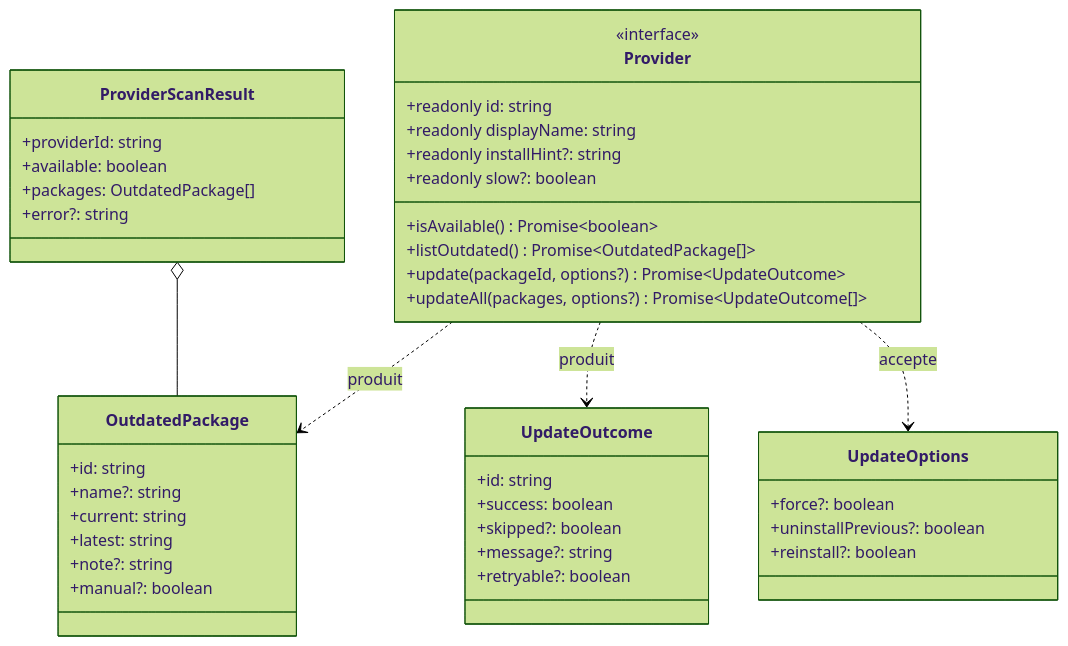
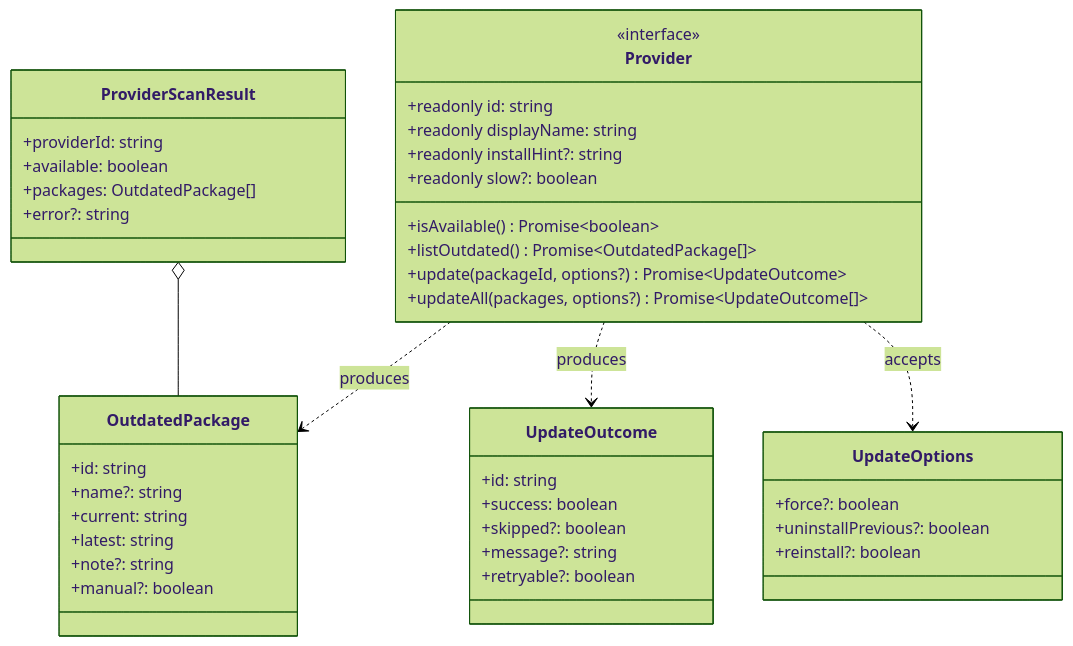
The third of 9 diagrams in docs/architecture.md (LINDECKER-Charles/gup), drawn with Mermaid (forest theme) before and after one commit. The commit also changed other lines of this file and 5 other files, not shown here.

````diff
--- a/docs/architecture.md
+++ b/docs/architecture.md
@@ -120,49 +120,49 @@
 ```mermaid
 classDiagram
     class Provider {
         <<interface>>
         +readonly id: string
         +readonly displayName: string
         +readonly installHint?: string
         +readonly slow?: boolean
         +isAvailable() Promise~boolean~
         +listOutdated() Promise~OutdatedPackage[]~
         +update(packageId, options?) Promise~UpdateOutcome~
         +updateAll(packages, options?) Promise~UpdateOutcome[]~
     }
 
     class OutdatedPackage {
         +id: string
         +name?: string
         +current: string
         +latest: string
         +note?: string
         +manual?: boolean
     }
 
     class UpdateOutcome {
         +id: string
         +success: boolean
         +skipped?: boolean
         +message?: string
         +retryable?: boolean
     }
 
     class UpdateOptions {
         +force?: boolean
         +uninstallPrevious?: boolean
         +reinstall?: boolean
     }
 
     class ProviderScanResult {
         +providerId: string
         +available: boolean
         +packages: OutdatedPackage[]
         +error?: string
     }
 
-    Provider ..> OutdatedPackage : produit
-    Provider ..> UpdateOutcome : produit
-    Provider ..> UpdateOptions : accepte
+    Provider ..> OutdatedPackage : produces
+    Provider ..> UpdateOutcome : produces
+    Provider ..> UpdateOptions : accepts
     ProviderScanResult o-- OutdatedPackage
 ```
````
